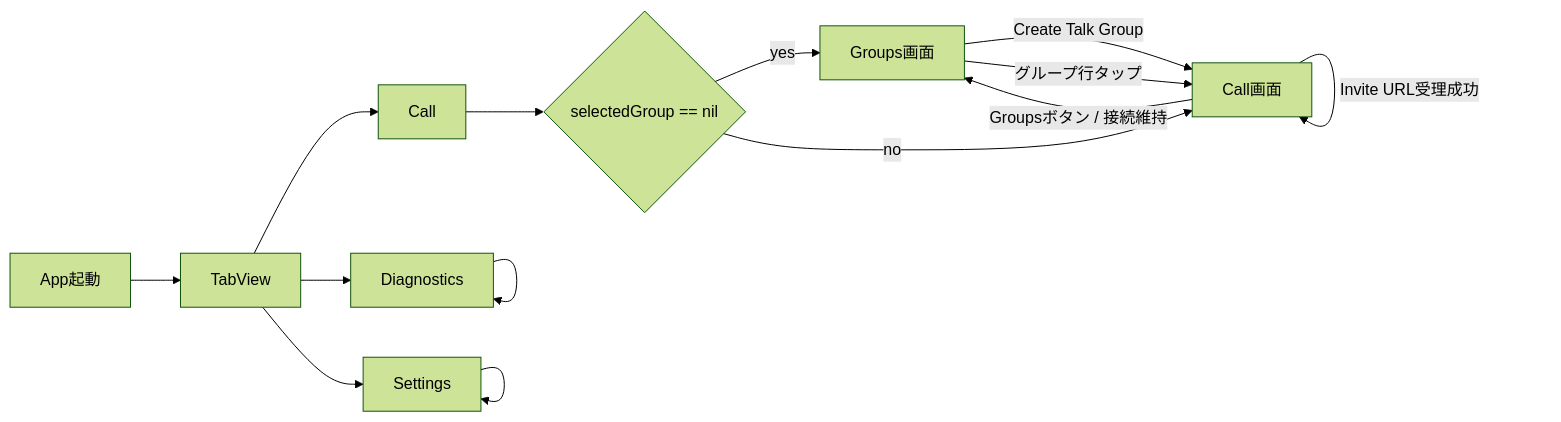
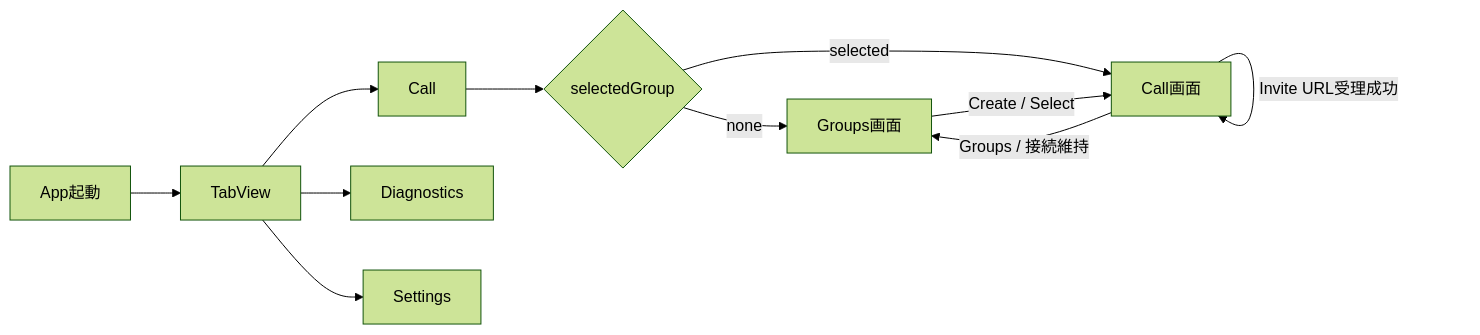
One commit to eroccowaruico/iOS-Intercom changed the first of 5 diagrams in docs/spec/App/UI/画面・状態遷移.md. Above: the diagram before and after it, drawn with Mermaid (forest theme). The commit also changed other lines of this file and 49 other files, not shown here.

````diff
--- a/docs/spec/App/UI/画面・状態遷移.md
+++ b/docs/spec/App/UI/画面・状態遷移.md
@@ -10,19 +11,15 @@
 ```mermaid
 flowchart LR
     A[App起動] --> B[TabView]
     B --> C[Call]
     B --> D[Diagnostics]
     B --> E[Settings]
 
-    C --> F{selectedGroup == nil}
-    F -- yes --> G[Groups画面]
-    F -- no --> H[Call画面]
+    C --> F{selectedGroup}
+    F -- none --> G[Groups画面]
+    F -- selected --> H[Call画面]
 
-    G -- Create Talk Group --> H
-    G -- グループ行タップ --> H
-    H -- Groupsボタン / 接続維持 --> G
-
+    G -- Create / Select --> H
+    H -- Groups / 接続維持 --> G
     H -- Invite URL受理成功 --> H
-    D --> D
-    E --> E
 ```
````
